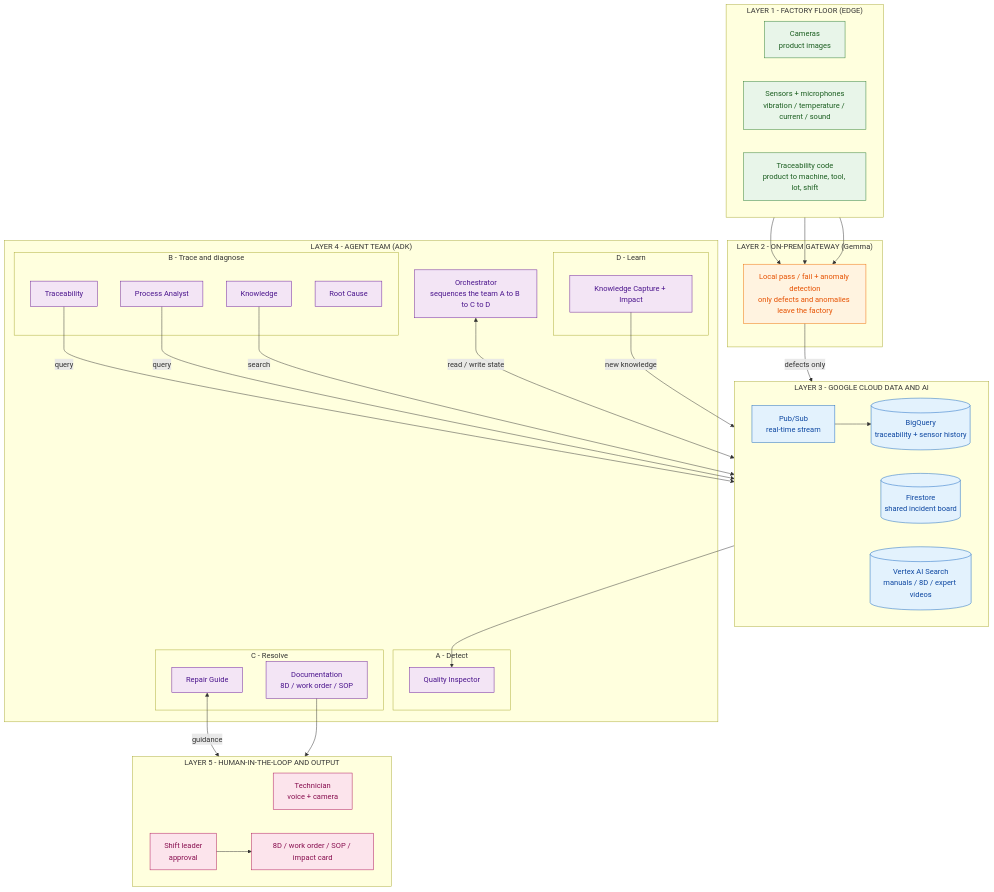
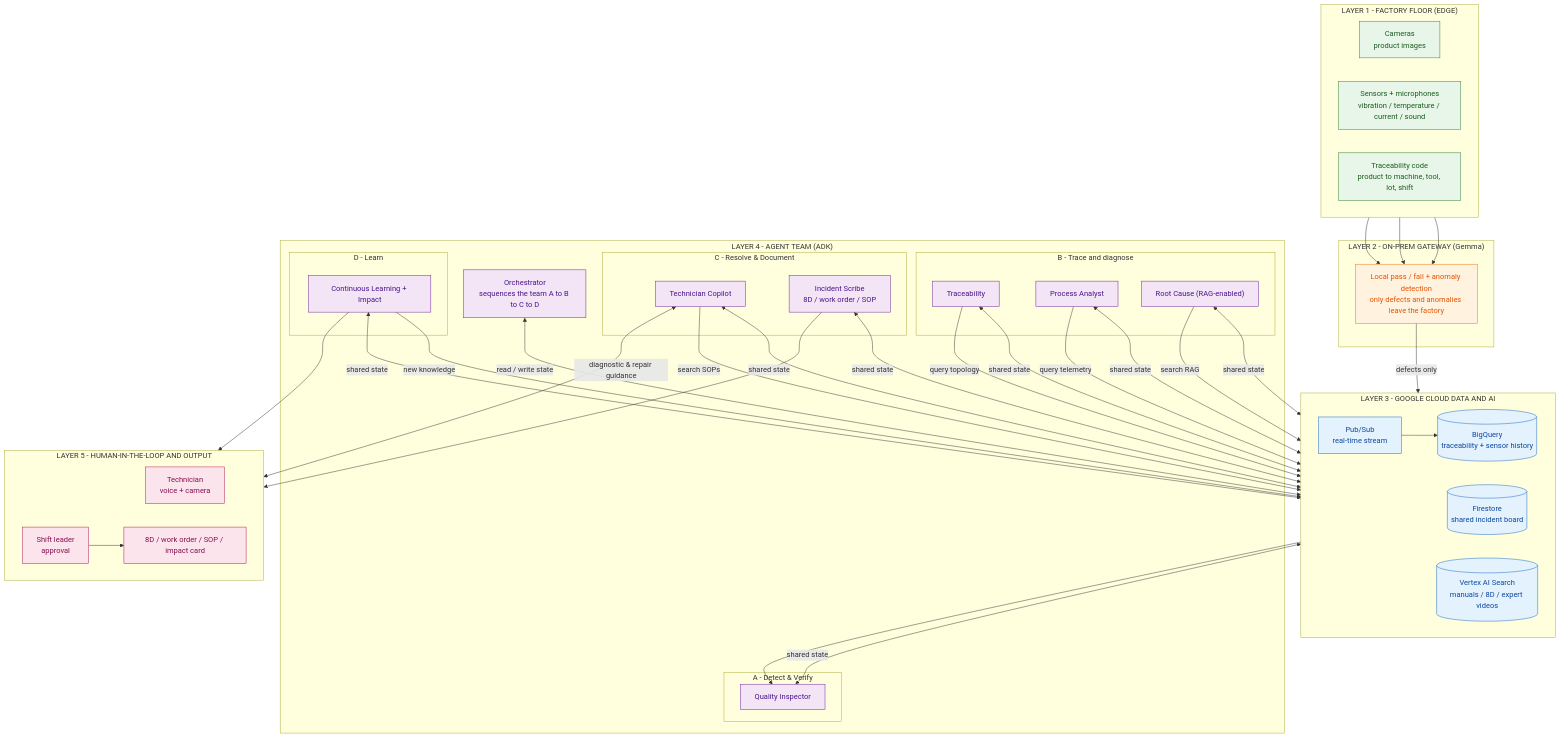
The diagram in docs/kaizen-agent-layers.mmd (vanduc2514/hackathon-builder-cup-manufacturing-anomaly), drawn with Mermaid before and after one commit. The commit also changed 11 other files, not shown here.

Commit message:
refine architecture diagram

```diff
--- a/docs/kaizen-agent-layers.mmd
+++ b/docs/kaizen-agent-layers.mmd
@@ -1,79 +1,81 @@
 flowchart TB
     %% ================= LAYER 1 - EDGE =================
     subgraph L1["LAYER 1 - FACTORY FLOOR (EDGE)"]
         direction LR
         CAM["Cameras<br/>product images"]
         SENS["Sensors + microphones<br/>vibration / temperature / current / sound"]
         TAG["Traceability code<br/>product to machine, tool, lot, shift"]
     end
 
     %% ================= LAYER 2 - ON-PREM GATEWAY =================
     subgraph L2["LAYER 2 - ON-PREM GATEWAY (Gemma)"]
         GW["Local pass / fail + anomaly detection<br/>only defects and anomalies leave the factory"]
     end
 
     %% ================= LAYER 3 - CLOUD DATA =================
     subgraph L3["LAYER 3 - GOOGLE CLOUD DATA AND AI"]
         direction LR
         PS["Pub/Sub<br/>real-time stream"]
         BQ[("BigQuery<br/>traceability + sensor history")]
         FS[("Firestore<br/>shared incident board")]
         KB[("Vertex AI Search<br/>manuals / 8D / expert videos")]
     end
 
     %% ================= LAYER 4 - AGENTS =================
     subgraph L4["LAYER 4 - AGENT TEAM (ADK)"]
         ORCH["Orchestrator<br/>sequences the team A to B to C to D"]
-        subgraph LA["A - Detect"]
+        subgraph LA["A - Detect & Verify"]
             QA["Quality Inspector"]
         end
         subgraph LB["B - Trace and diagnose"]
             TRC["Traceability"]
             ANL["Process Analyst"]
-            KNW["Knowledge"]
-            RCA["Root Cause"]
+            RCA["Root Cause (RAG-enabled)"]
         end
-        subgraph LC["C - Resolve"]
-            RPR["Repair Guide"]
-            DOC["Documentation<br/>8D / work order / SOP"]
+        subgraph LC["C - Resolve & Document"]
+            COP["Technician Copilot"]
+            DOC["Incident Scribe<br/>8D / work order / SOP"]
         end
         subgraph LD["D - Learn"]
-            CAP["Knowledge Capture + Impact"]
+            LRN["Continuous Learning + Impact"]
         end
     end
 
     %% ================= LAYER 5 - HUMAN =================
     subgraph L5["LAYER 5 - HUMAN-IN-THE-LOOP AND OUTPUT"]
         direction LR
         TECH["Technician<br/>voice + camera"]
         LEAD["Shift leader<br/>approval"]
         OUT["8D / work order / SOP / impact card"]
     end
 
     %% ================= PRIMARY FLOW =================
     CAM & SENS & TAG --> GW
     GW -->|"defects only"| PS
     PS --> BQ
     PS --> QA
-    TRC -->|"query"| BQ
-    ANL -->|"query"| BQ
-    KNW -->|"search"| KB
+    TRC -->|"query topology"| BQ
+    ANL -->|"query telemetry"| BQ
+    RCA -->|"search RAG"| KB
+    COP -->|"search SOPs"| KB
     ORCH <-->|"read / write state"| FS
+    QA & TRC & ANL & RCA & COP & DOC & LRN <-->|"shared state"| FS
 
     %% ================= HUMAN LOOP AND FEEDBACK =================
-    RPR <-->|"guidance"| TECH
+    COP <-->|"diagnostic & repair guidance"| TECH
     DOC --> LEAD --> OUT
-    CAP -->|"new knowledge"| KB
+    LRN -->|"new knowledge"| KB
+    LRN --> OUT
 
     %% ================= STYLING =================
     classDef l1 fill:#E8F5E9,stroke:#2E7D32,color:#1B5E20
     classDef l2 fill:#FFF3E0,stroke:#EF6C00,color:#E65100
     classDef l3 fill:#E3F2FD,stroke:#1565C0,color:#0D47A1
     classDef l4 fill:#F3E5F5,stroke:#6A1B9A,color:#4A148C
     classDef l5 fill:#FCE4EC,stroke:#AD1457,color:#880E4F
 
     class CAM,SENS,TAG l1
     class GW l2
     class PS,BQ,FS,KB l3
-    class ORCH,QA,TRC,ANL,KNW,RCA,RPR,DOC,CAP l4
+    class ORCH,QA,TRC,ANL,RCA,COP,DOC,LRN l4
     class TECH,LEAD,OUT l5
```
